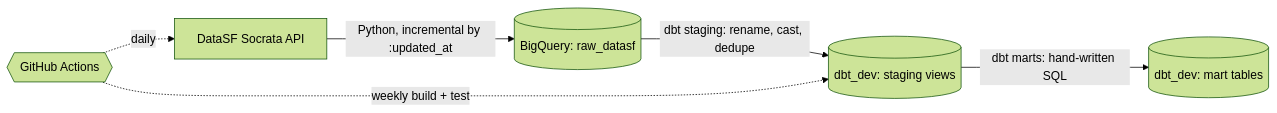
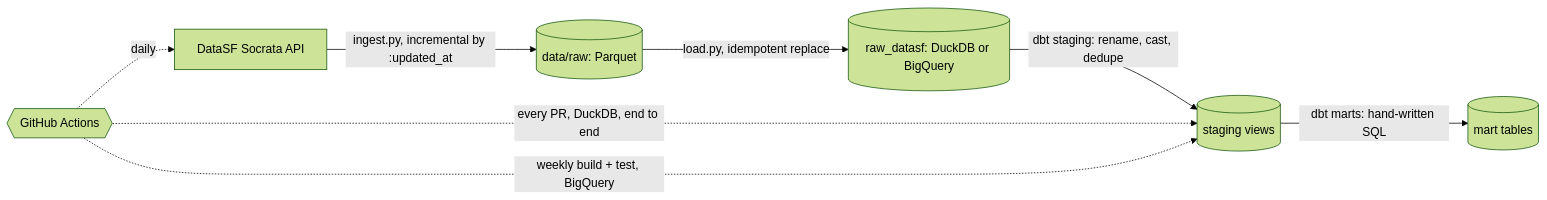
Before and after one commit to mp321/sf-data-warehouse: the diagram in README.md, drawn with Mermaid (forest theme). The commit also changed other lines of this file and 42 other files, not shown here.

````diff
--- a/README.md
+++ b/README.md
@@ -10,8 +16,10 @@
 ```mermaid
 flowchart LR
-    A[DataSF Socrata API] -->|Python, incremental by :updated_at| B[(BigQuery: raw_datasf)]
-    B -->|dbt staging: rename, cast, dedupe| C[(dbt_dev: staging views)]
-    C -->|dbt marts: hand-written SQL| D[(dbt_dev: mart tables)]
-    E{{GitHub Actions}} -. daily .-> A
-    E -. weekly build + test .-> C
+    A[DataSF Socrata API] -->|ingest.py, incremental by :updated_at| B[(data/raw: Parquet)]
+    B -->|load.py, idempotent replace| C[(raw_datasf: DuckDB or BigQuery)]
+    C -->|dbt staging: rename, cast, dedupe| D[(staging views)]
+    D -->|dbt marts: hand-written SQL| E[(mart tables)]
+    F{{GitHub Actions}} -. daily .-> A
+    F -. every PR, DuckDB, end to end .-> D
+    F -. weekly build + test, BigQuery .-> D
 ```
````
